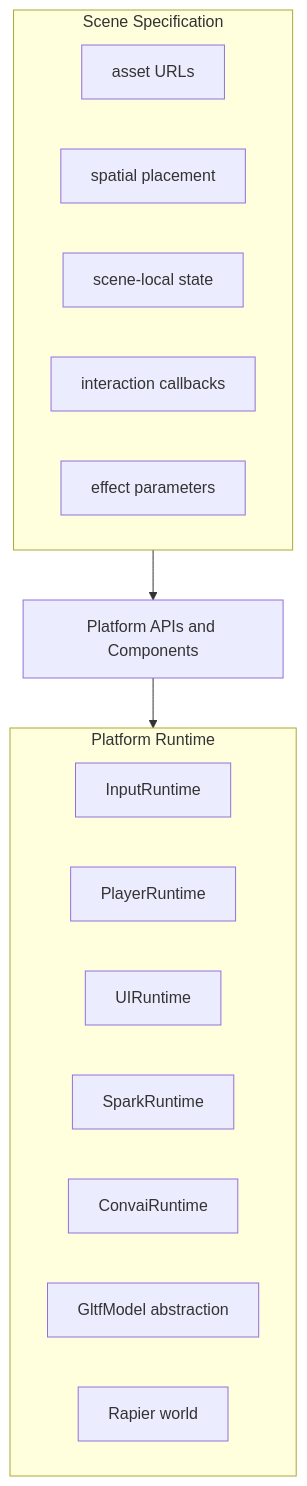
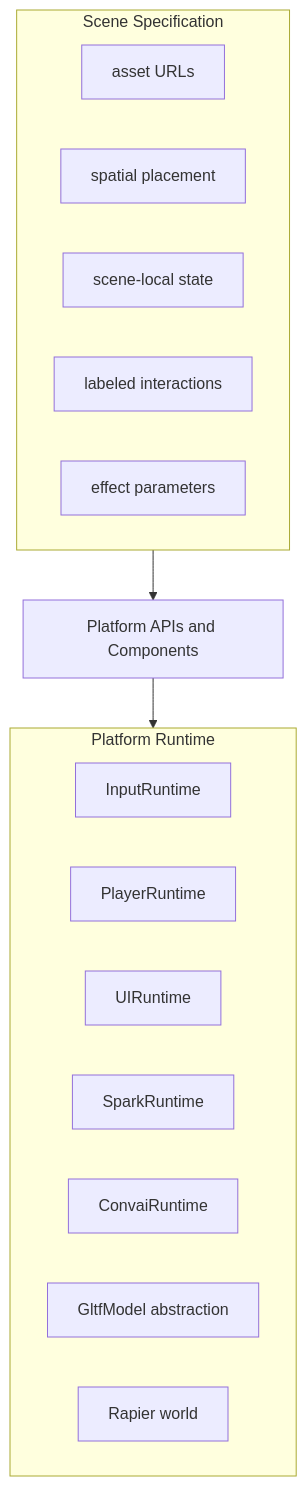
One commit to raolir/omnipraxis changed the third of 7 diagrams in docs/architecture.md. Above: the diagram before and after it, drawn with Mermaid. The commit also changed other lines of this file and 14 other files, not shown here.

````diff
--- a/docs/architecture.md
+++ b/docs/architecture.md
@@ -63,23 +63,23 @@
 ```mermaid
 flowchart TD
   subgraph PlatformRuntime[Platform Runtime]
     InputRuntime
     PlayerRuntime
     UIRuntime
     SparkRuntime
     ConvaiRuntime
     GltfModelRuntime[GltfModel abstraction]
     PhysicsRuntime[Rapier world]
   end
 
   subgraph SceneSpecification[Scene Specification]
     SceneAssets[asset URLs]
     SceneLayout[spatial placement]
     SceneState[scene-local state]
-    SceneInteractions[interaction callbacks]
+    SceneInteractions[labeled interactions]
     SceneEffects[effect parameters]
   end
 
   SceneSpecification --> PlatformAPI[Platform APIs and Components]
   PlatformAPI --> PlatformRuntime
 ```
````
